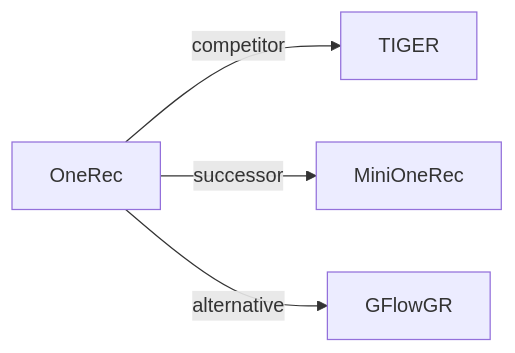
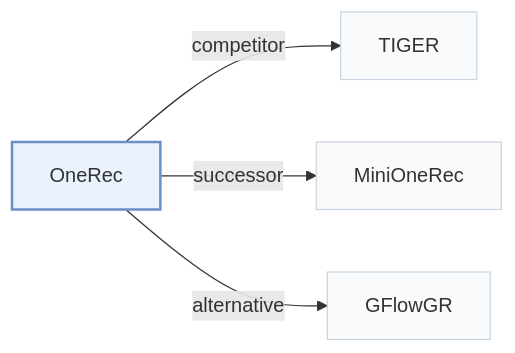
One commit to Galaxy-ghost/Awesome-SID-Generative-Rec changed the third of 3 diagrams in pages/papers/onerec.md. Above: the diagram before and after it, drawn with Mermaid. The commit also changed other lines of this file and 649 other files, not shown here.

Commit message:
writer-05: also tags and modality index (schema, check, build, visuals); summary field removed; calibration data for 12 papers

````diff
--- a/pages/papers/onerec.md
+++ b/pages/papers/onerec.md
@@ -127,7 +136,11 @@
 ```mermaid
 flowchart LR
     P["OneRec"]
-    P -->|competitor| A["TIGER"]
-    P -->|successor| B["MiniOneRec"]
-    P -->|alternative| C["GFlowGR"]
+    P -->|"competitor"| A["TIGER"]
+    P -->|"successor"| B["MiniOneRec"]
+    P -->|"alternative"| C["GFlowGR"]
+    classDef main fill:#eaf2fb,stroke:#6b8fc7,stroke-width:2px
+    classDef peer fill:#f8fafc,stroke:#cbd5e1
+    class P main
+    class A,B,C peer
 ```
````
